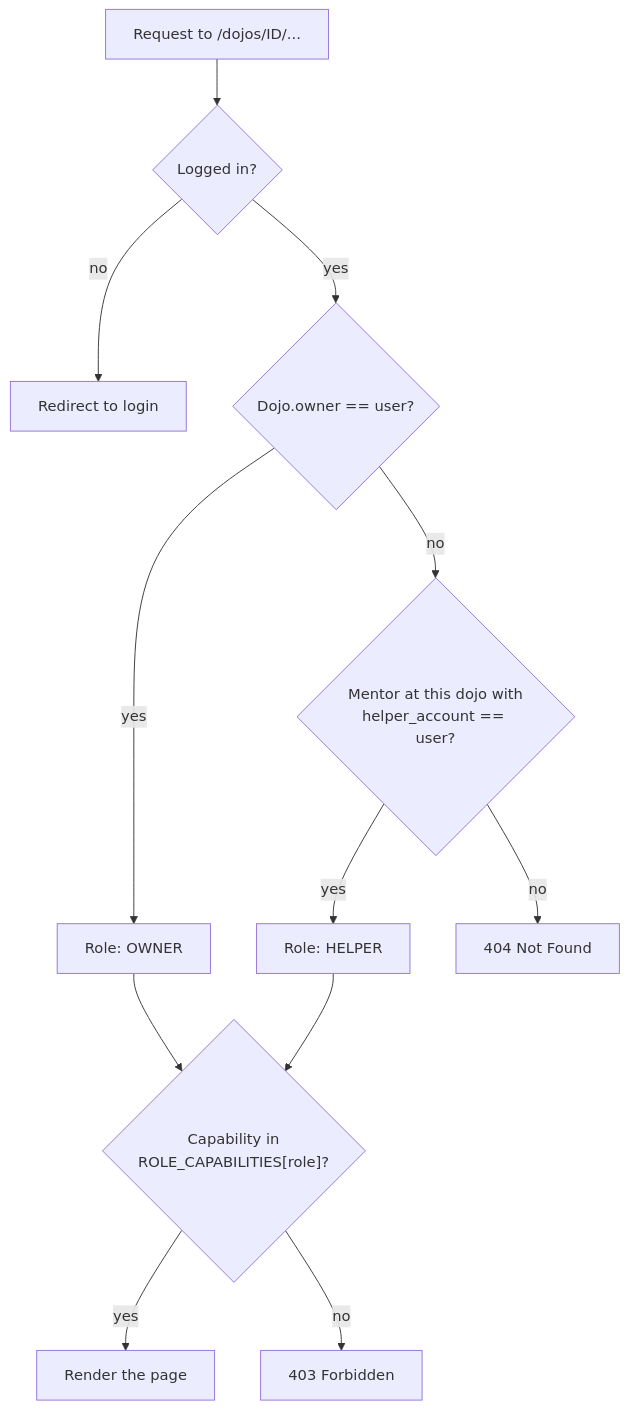
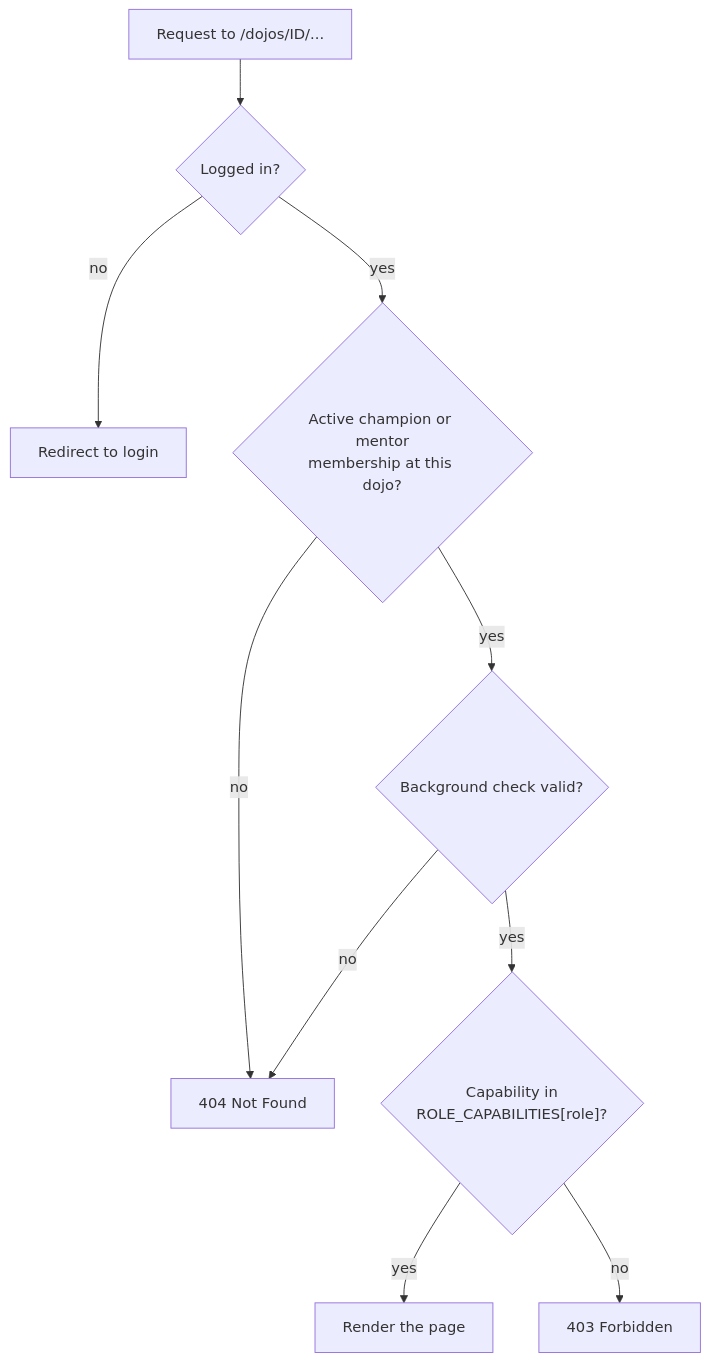
Before and after one commit to DoublG/coderdojo-event-registration: the fourth of 20 diagrams in DATA_MODEL.md, drawn with Mermaid. The commit also changed other lines of this file and 65 other files, not shown here.

````diff
--- a/DATA_MODEL.md
+++ b/DATA_MODEL.md
@@ -219,14 +225,12 @@
 ```mermaid
 flowchart TD
     R[Request to /dojos/ID/...] --> A{Logged in?}
     A -- no --> L[Redirect to login]
-    A -- yes --> O{"Dojo.owner == user?"}
-    O -- yes --> OWNER[Role: OWNER]
-    O -- no --> H{"Mentor at this dojo with<br/>helper_account == user?"}
-    H -- yes --> HELPER[Role: HELPER]
-    H -- no --> N404[404 Not Found]
-    OWNER --> C{"Capability in<br/>ROLE_CAPABILITIES[role]?"}
-    HELPER --> C
+    A -- yes --> M{"Active champion or mentor<br/>membership at this dojo?"}
+    M -- no --> N404[404 Not Found]
+    M -- yes --> V{Background check valid?}
+    V -- no --> N404
+    V -- yes --> C{"Capability in<br/>ROLE_CAPABILITIES[role]?"}
     C -- yes --> OK[Render the page]
     C -- no --> N403[403 Forbidden]
 ```
````
